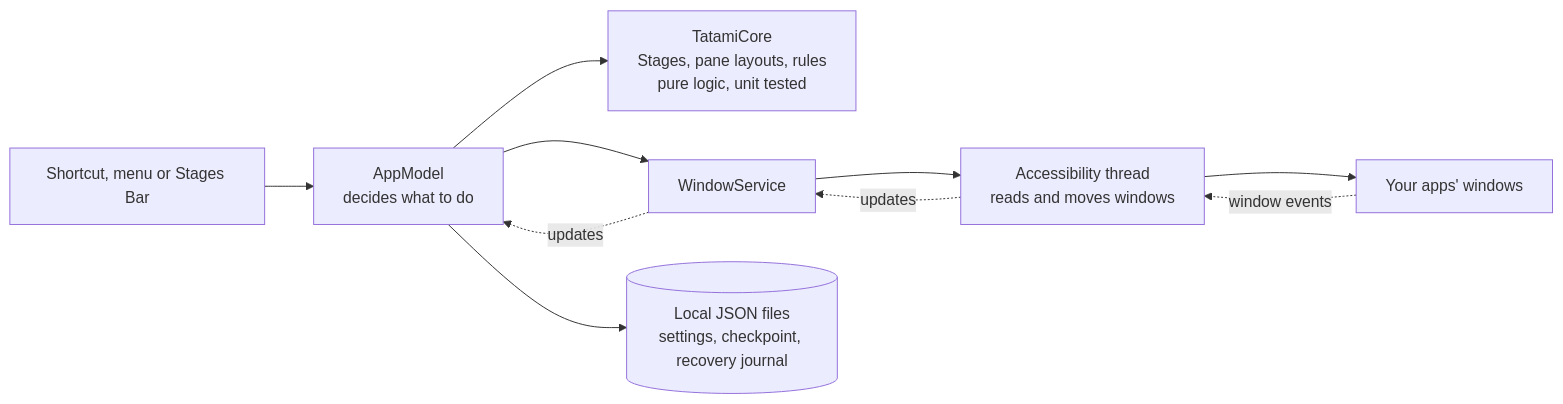
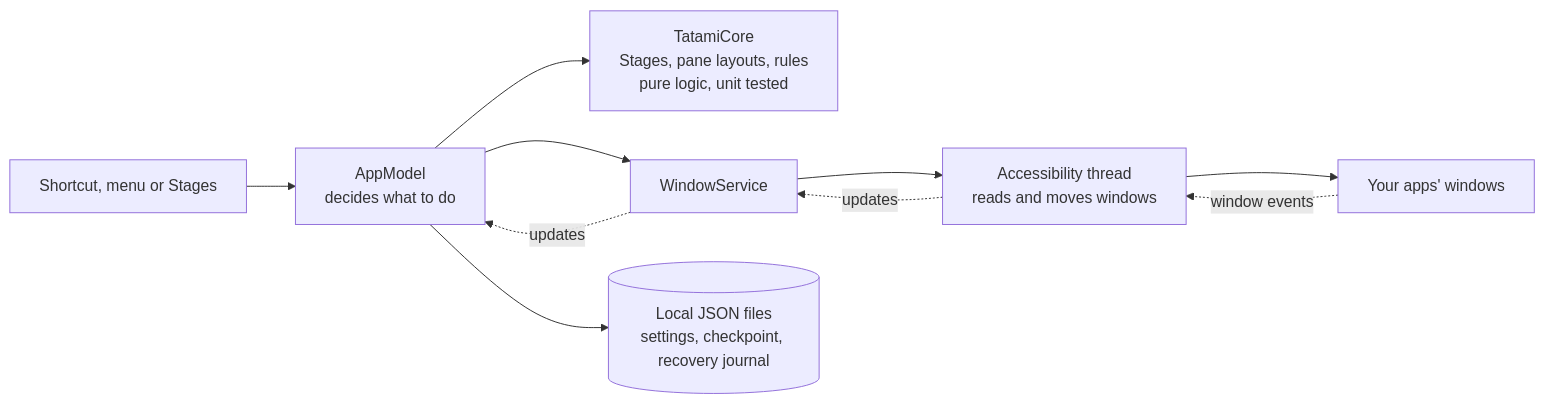
The first of 3 diagrams in README.md (SubaashNair/tatami), drawn with Mermaid before and after one commit. The commit also changed other lines of this file and 8 other files, not shown here.

First line of the commit message:
docs: fold the Stages Bar name into Stages and Stage cards

````diff
--- a/README.md
+++ b/README.md
@@ -87,12 +87,12 @@
 ```mermaid
 flowchart LR
-    keys["Shortcut, menu or Stages Bar"] --> model["AppModel<br/>decides what to do"]
+    keys["Shortcut, menu or Stages"] --> model["AppModel<br/>decides what to do"]
     model --> core["TatamiCore<br/>Stages, pane layouts, rules<br/>pure logic, unit tested"]
     model --> service["WindowService"]
     service --> ax["Accessibility thread<br/>reads and moves windows"]
     ax --> apps["Your apps' windows"]
     apps -. window events .-> ax
     ax -. updates .-> service
     service -. updates .-> model
     model --> store[("Local JSON files<br/>settings, checkpoint, recovery journal")]
 ```
````
